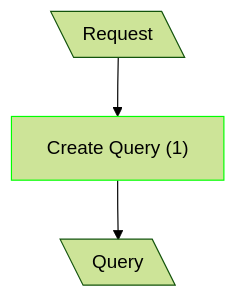
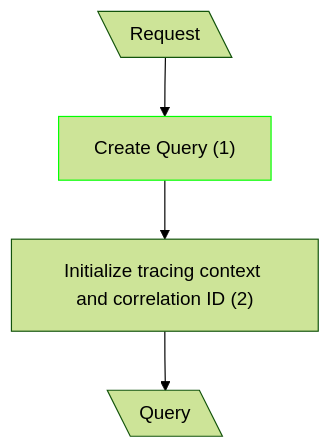
The first of 4 diagrams in docs/CF Complexity/read.md (dmitryhruzin/CQRS-variations-test), drawn with Mermaid (forest theme) before and after one commit. The commit also changed other lines of this file and 4 other files, not shown here.

Commit message:
docs: add infra calls to diagrams

````diff
--- a/docs/CF Complexity/read.md
+++ b/docs/CF Complexity/read.md
@@ -5,7 +5,8 @@
 ```mermaid
 flowchart TD
   classDef mod stroke:#0f0
   A@{ shape: lean-l, label: "Request" }
   A --> B["Create Query (1)"]:::mod
-  B --> C@{ shape: lean-l, label: "Query" }
+  B --> T["Initialize tracing context and correlation ID (2)"]
+  T --> C@{ shape: lean-l, label: "Query" }
 ```
````
